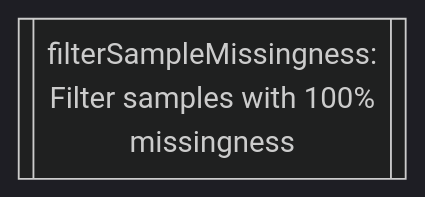
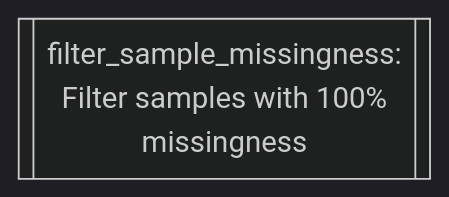
One commit to Tuks-ICMM/Pharmacogenetic-Analysis-Pipeline changed diagram 14 of 26 in docs/02-workflow/02-methodology-summary.md. Above: the diagram before and after it, drawn with Mermaid (dark theme). The commit also changed other lines of this file and 2 other files, not shown here.

````diff
--- a/docs/02-workflow/02-methodology-summary.md
+++ b/docs/02-workflow/02-methodology-summary.md
@@ -592,4 +668,4 @@
   ```mermaid
   flowchart TD
-    filterSampleMissingness[[filterSampleMissingness:\nFilter samples with 100%\nmissingness]]
+    filter_sample_missingness[[filter_sample_missingness:\nFilter samples with 100%\nmissingness]]
   ```
````
